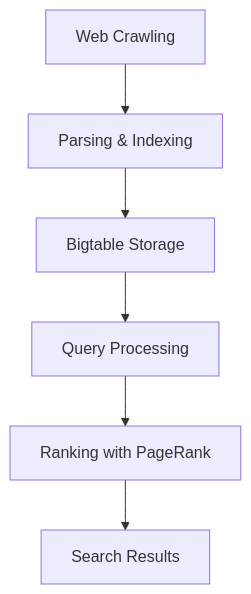
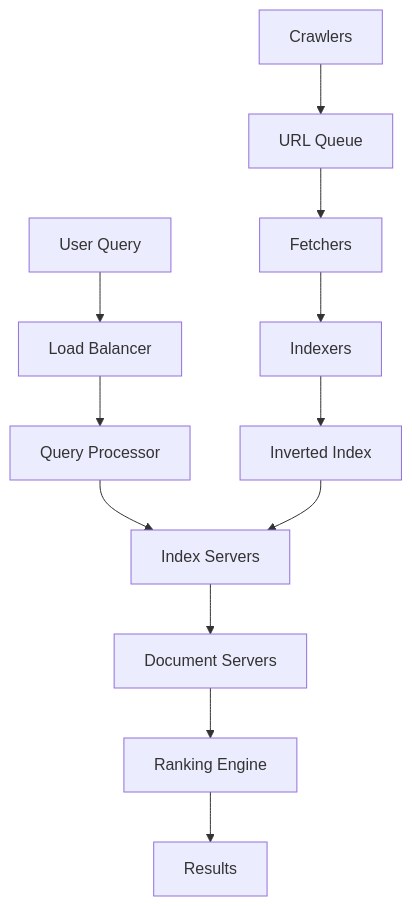
The diagram in google-search-engine/README.md (VrushankPatel/interview-matters), drawn with Mermaid before and after one commit. The commit also changed other lines of this file and 4 other files, not shown here.

Commit message:
kb: add/update topics Google Search Engine, Dropbox File Storage, LinkedIn Social Network, TikTok System Design, Zoom Video Conferencing

````diff
--- a/google-search-engine/README.md
+++ b/google-search-engine/README.md
@@ -53,8 +29,14 @@
 ```mermaid
 graph TD
-    A[Web Crawling] --> B[Parsing & Indexing]
-    B --> C[Bigtable Storage]
-    C --> D[Query Processing]
-    D --> E[Ranking with PageRank]
-    E --> F[Search Results]
+    A[User Query] --> B[Load Balancer]
+    B --> C[Query Processor]
+    C --> D[Index Servers]
+    D --> E[Document Servers]
+    E --> F[Ranking Engine]
+    F --> G[Results]
+    H[Crawlers] --> I[URL Queue]
+    I --> J[Fetchers]
+    J --> K[Indexers]
+    K --> L[Inverted Index]
+    L --> D
 ```
````
